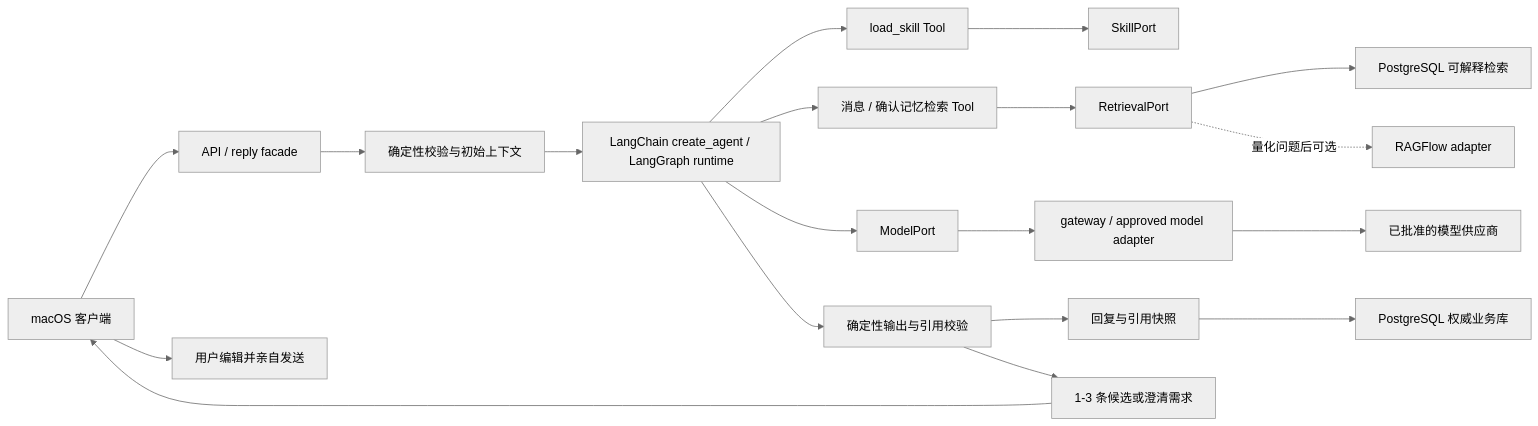
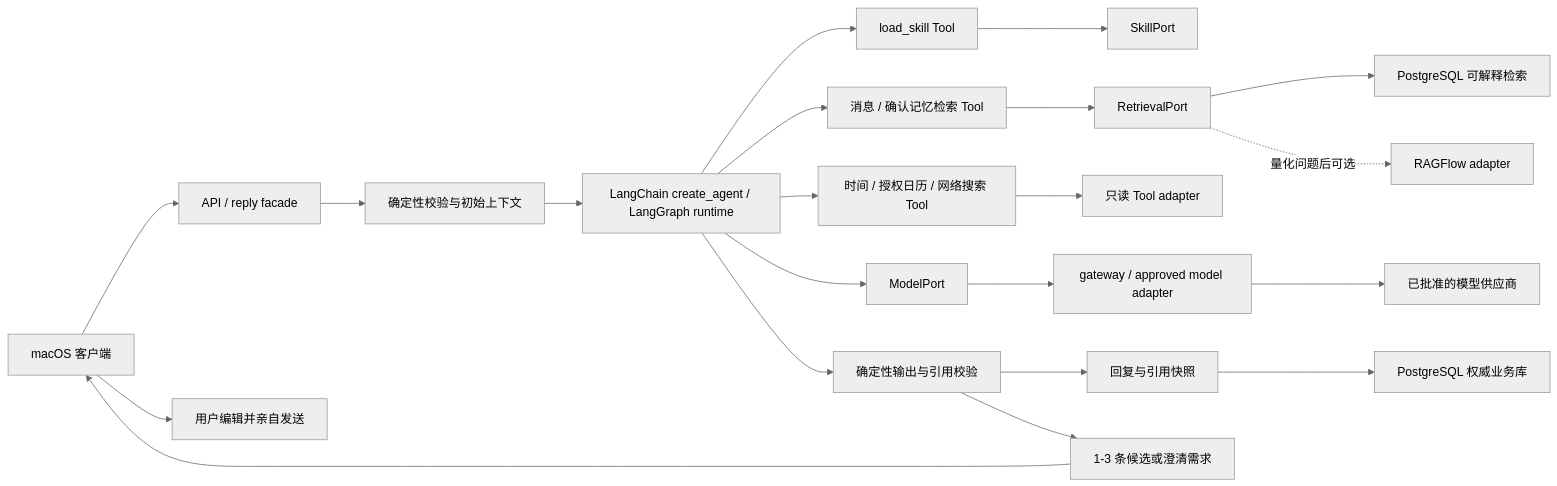
Before and after one commit to Aqua-ava/NotAlone: the first of 2 diagrams in architecture/drafts/agent-runtime.md, drawn with Mermaid (neutral theme). The commit also changed other lines of this file and 4 other files, not shown here.

````diff
--- a/architecture/drafts/agent-runtime.md
+++ b/architecture/drafts/agent-runtime.md
@@ -9,24 +9,27 @@
 ```mermaid
 flowchart LR
     Client["macOS 客户端"] --> API["API / reply facade"]
     API --> Scope["确定性校验与初始上下文"]
     Scope --> Agent["LangChain create_agent / LangGraph runtime"]
 
     Agent --> SkillTool["load_skill Tool"]
     SkillTool --> SkillPort["SkillPort"]
     Agent --> SearchTools["消息 / 确认记忆检索 Tool"]
     SearchTools --> RetrievalPort["RetrievalPort"]
     RetrievalPort --> PgRetriever["PostgreSQL 可解释检索"]
     RetrievalPort -. "量化问题后可选" .-> Ragflow["RAGFlow adapter"]
 
+    Agent --> RuntimeTools["时间 / 授权日历 / 网络搜索 Tool"]
+    RuntimeTools --> ExternalAdapters["只读 Tool adapter"]
+
     Agent --> ModelPort["ModelPort"]
     ModelPort --> Gateway["gateway / approved model adapter"]
     Gateway --> Provider["已批准的模型供应商"]
 
     Agent --> Validate["确定性输出与引用校验"]
     Validate --> Trace["回复与引用快照"]
     Trace --> Postgres["PostgreSQL 权威业务库"]
     Validate --> Result["1-3 条候选或澄清需求"]
     Result --> Client
     Client --> Manual["用户编辑并亲自发送"]
 ```
````
